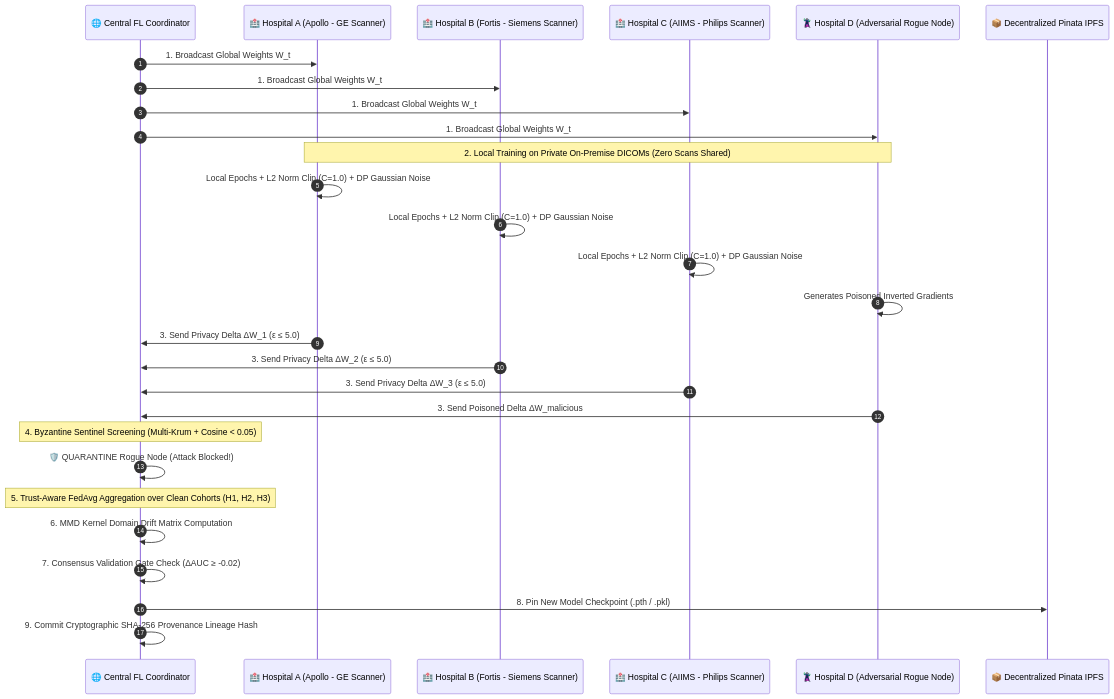
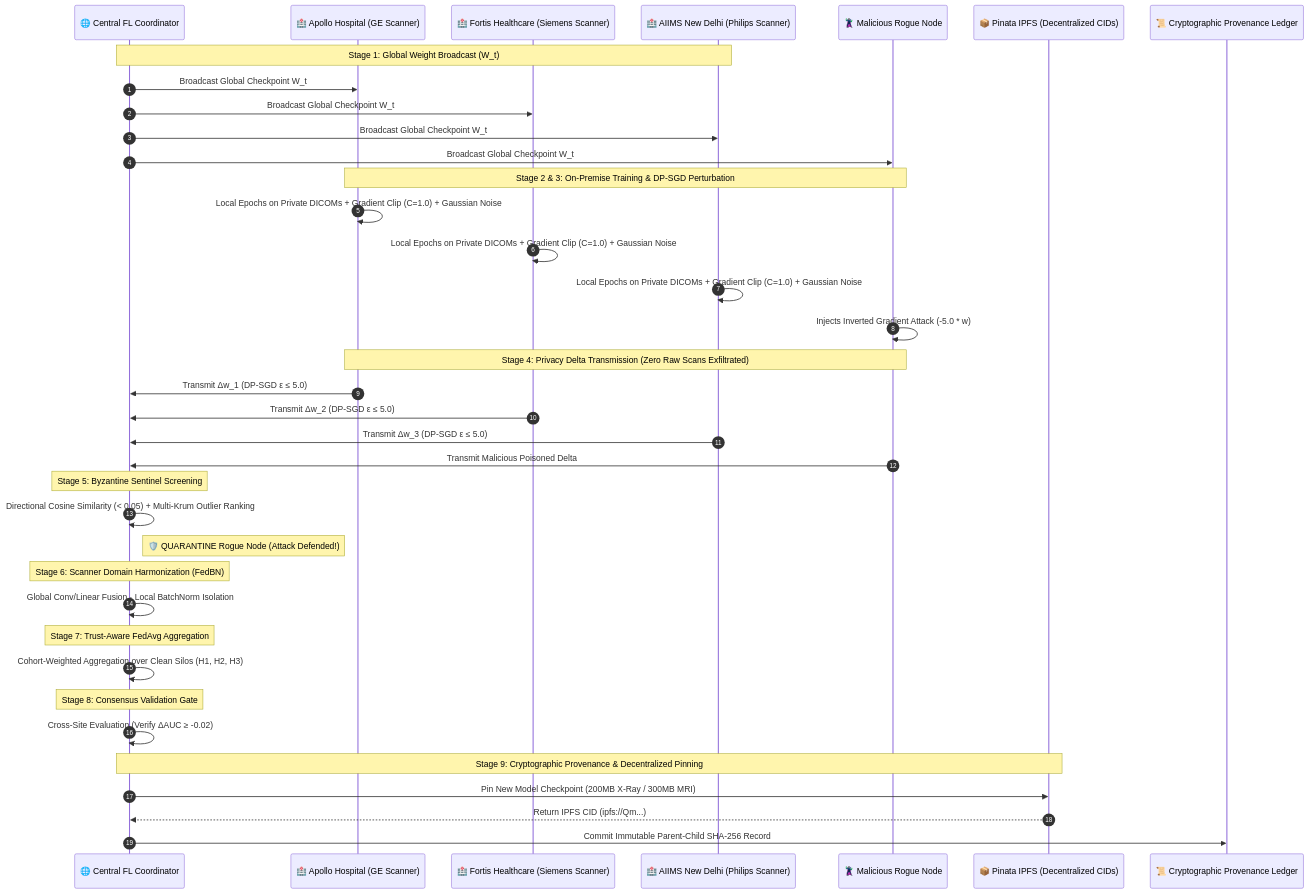
Before and after one commit to Ombhurke/CF26-H03-RULERS: the diagram in readme.md, drawn with Mermaid. The commit also changed other lines of this file, not shown here.

Commit message:
docs: update readme with improved formatting, visual badges, and detailed architectural documentation

````diff
--- a/readme.md
+++ b/readme.md
@@ -48,35 +96,47 @@
 ```mermaid
 sequenceDiagram
     autonumber
     participant Coord as 🌐 Central FL Coordinator
-    participant H1 as 🏥 Hospital A (Apollo - GE Scanner)
-    participant H2 as 🏥 Hospital B (Fortis - Siemens Scanner)
-    participant H3 as 🏥 Hospital C (AIIMS - Philips Scanner)
-    participant Rogue as 🦹 Hospital D (Adversarial Rogue Node)
-    participant IPFS as 📦 Decentralized Pinata IPFS
+    participant H1 as 🏥 Apollo Hospital (GE Scanner)
+    participant H2 as 🏥 Fortis Healthcare (Siemens Scanner)
+    participant H3 as 🏥 AIIMS New Delhi (Philips Scanner)
+    participant Rogue as 🦹 Malicious Rogue Node
+    participant IPFS as 📦 Pinata IPFS (Decentralized CIDs)
+    participant Ledger as 📜 Cryptographic Provenance Ledger
 
-    Coord->>H1: 1. Broadcast Global Weights W_t
-    Coord->>H2: 1. Broadcast Global Weights W_t
-    Coord->>H3: 1. Broadcast Global Weights W_t
-    Coord->>Rogue: 1. Broadcast Global Weights W_t
+    Note over Coord,H3: Stage 1: Global Weight Broadcast (W_t)
+    Coord->>H1: Broadcast Global Checkpoint W_t
+    Coord->>H2: Broadcast Global Checkpoint W_t
+    Coord->>H3: Broadcast Global Checkpoint W_t
+    Coord->>Rogue: Broadcast Global Checkpoint W_t
 
-    Note over H1,Rogue: 2. Local Training on Private On-Premise DICOMs (Zero Scans Shared)
-    H1->>H1: Local Epochs + L2 Norm Clip (C=1.0) + DP Gaussian Noise
-    H2->>H2: Local Epochs + L2 Norm Clip (C=1.0) + DP Gaussian Noise
-    H3->>H3: Local Epochs + L2 Norm Clip (C=1.0) + DP Gaussian Noise
-    Rogue->>Rogue: Generates Poisoned Inverted Gradients
+    Note over H1,Rogue: Stage 2 & 3: On-Premise Training & DP-SGD Perturbation
+    H1->>H1: Local Epochs on Private DICOMs + Gradient Clip (C=1.0) + Gaussian Noise
+    H2->>H2: Local Epochs on Private DICOMs + Gradient Clip (C=1.0) + Gaussian Noise
+    H3->>H3: Local Epochs on Private DICOMs + Gradient Clip (C=1.0) + Gaussian Noise
+    Rogue->>Rogue: Injects Inverted Gradient Attack (-5.0 * w)
 
-    H1->>Coord: 3. Send Privacy Delta ΔW_1 (ε ≤ 5.0)
-    H2->>Coord: 3. Send Privacy Delta ΔW_2 (ε ≤ 5.0)
-    H3->>Coord: 3. Send Privacy Delta ΔW_3 (ε ≤ 5.0)
-    Rogue->>Coord: 3. Send Poisoned Delta ΔW_malicious
+    Note over H1,Rogue: Stage 4: Privacy Delta Transmission (Zero Raw Scans Exfiltrated)
+    H1->>Coord: Transmit Δw_1 (DP-SGD ε ≤ 5.0)
+    H2->>Coord: Transmit Δw_2 (DP-SGD ε ≤ 5.0)
+    H3->>Coord: Transmit Δw_3 (DP-SGD ε ≤ 5.0)
+    Rogue->>Coord: Transmit Malicious Poisoned Delta
 
-    Note over Coord: 4. Byzantine Sentinel Screening (Multi-Krum + Cosine < 0.05)
-    Coord->>Coord: 🛡️ QUARANTINE Rogue Node (Attack Blocked!)
+    Note over Coord: Stage 5: Byzantine Sentinel Screening
+    Coord->>Coord: Directional Cosine Similarity (< 0.05) + Multi-Krum Outlier Ranking
+    Note right of Coord: 🛡️ QUARANTINE Rogue Node (Attack Defended!)
 
-    Note over Coord: 5. Trust-Aware FedAvg Aggregation over Clean Cohorts (H1, H2, H3)
-    Coord->>Coord: 6. MMD Kernel Domain Drift Matrix Computation
-    Coord->>Coord: 7. Consensus Validation Gate Check (ΔAUC ≥ -0.02)
-    Coord->>IPFS: 8. Pin New Model Checkpoint (.pth / .pkl)
-    Coord->>Coord: 9. Commit Cryptographic SHA-256 Provenance Lineage Hash
+    Note over Coord: Stage 6: Scanner Domain Harmonization (FedBN)
+    Coord->>Coord: Global Conv/Linear Fusion · Local BatchNorm Isolation
+
+    Note over Coord: Stage 7: Trust-Aware FedAvg Aggregation
+    Coord->>Coord: Cohort-Weighted Aggregation over Clean Silos (H1, H2, H3)
+
+    Note over Coord: Stage 8: Consensus Validation Gate
+    Coord->>Coord: Cross-Site Evaluation (Verify ΔAUC ≥ -0.02)
+
+    Note over Coord,IPFS: Stage 9: Cryptographic Provenance & Decentralized Pinning
+    Coord->>IPFS: Pin New Model Checkpoint (200MB X-Ray / 300MB MRI)
+    IPFS-->>Coord: Return IPFS CID (ipfs://Qm...)
+    Coord->>Ledger: Commit Immutable Parent-Child SHA-256 Record
 ```
````
